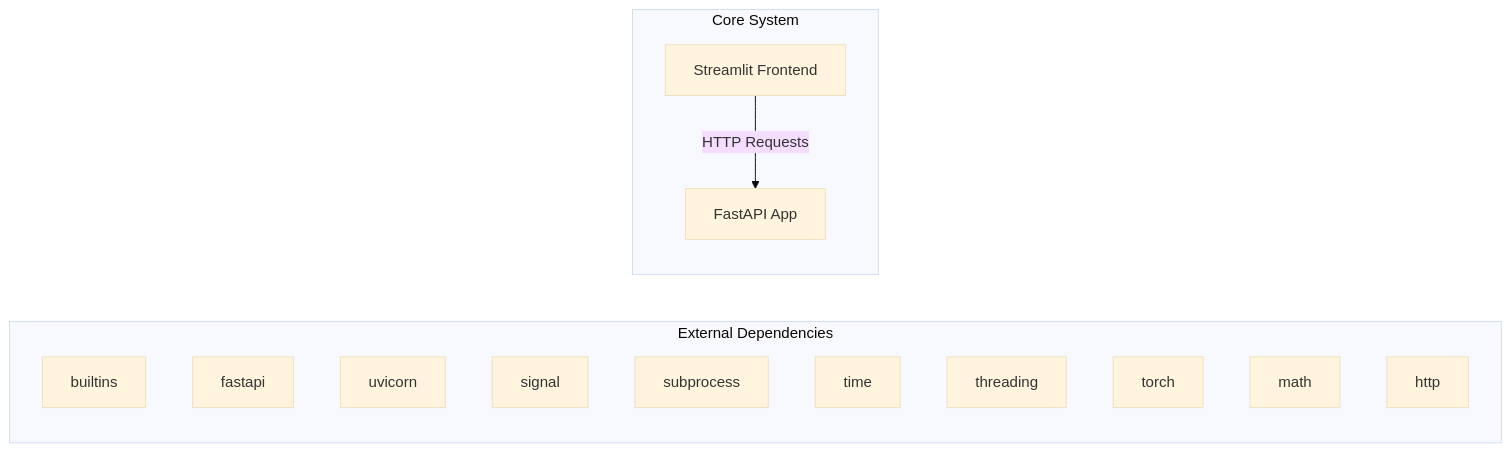
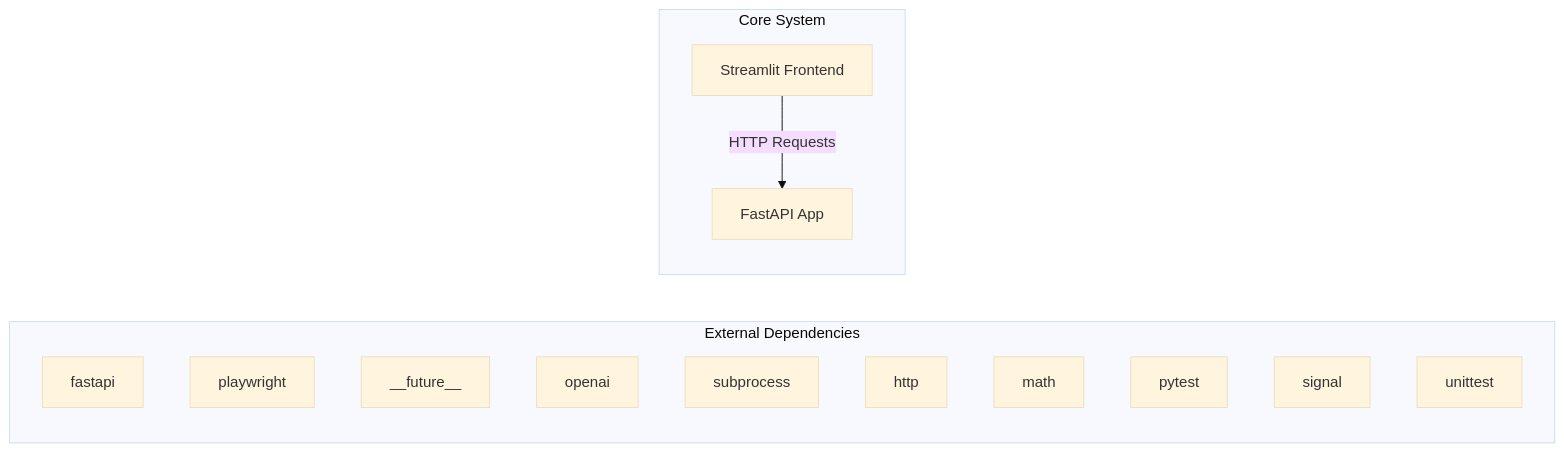
Before and after one commit to NITISH-R-G/rag-context-optimizer: the first of 2 diagrams in docs/architecture.md, drawn with Mermaid (base theme). The commit also changed 1 other file, not shown here.

Commit message:
docs: auto-update repository knowledge, architecture diagrams, and documentation

````diff
--- a/docs/architecture.md
+++ b/docs/architecture.md
@@ -7,20 +7,20 @@
 ```mermaid
 graph LR
     subgraph External Dependencies
-        E0["builtins"]
-        E1["fastapi"]
-        E2["uvicorn"]
-        E3["signal"]
+        E0["fastapi"]
+        E1["playwright"]
+        E2["__future__"]
+        E3["openai"]
         E4["subprocess"]
-        E5["time"]
-        E6["threading"]
-        E7["torch"]
-        E8["math"]
-        E9["http"]
+        E5["http"]
+        E6["math"]
+        E7["pytest"]
+        E8["signal"]
+        E9["unittest"]
     end
     subgraph Core System
         API["FastAPI App"]
         UI["Streamlit Frontend"]
     end
     UI -->|HTTP Requests| API
 ```
````
